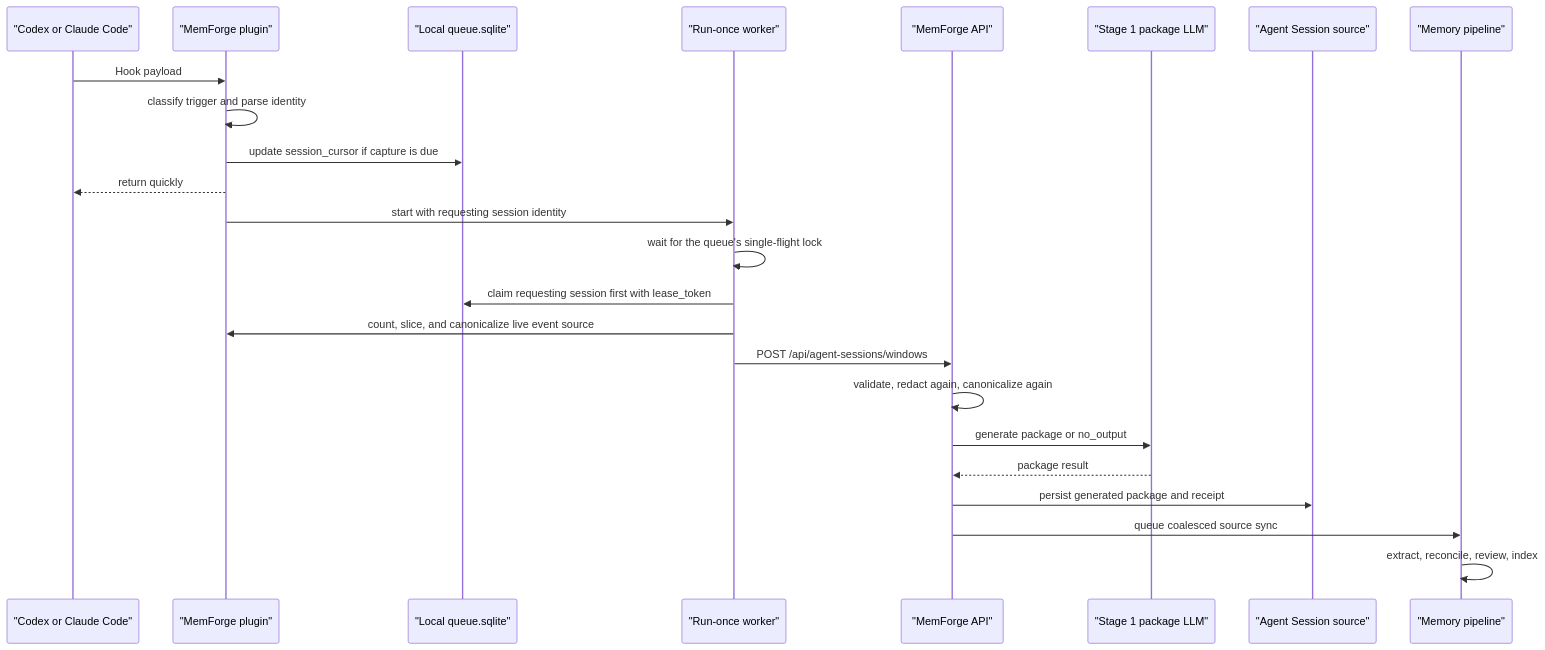
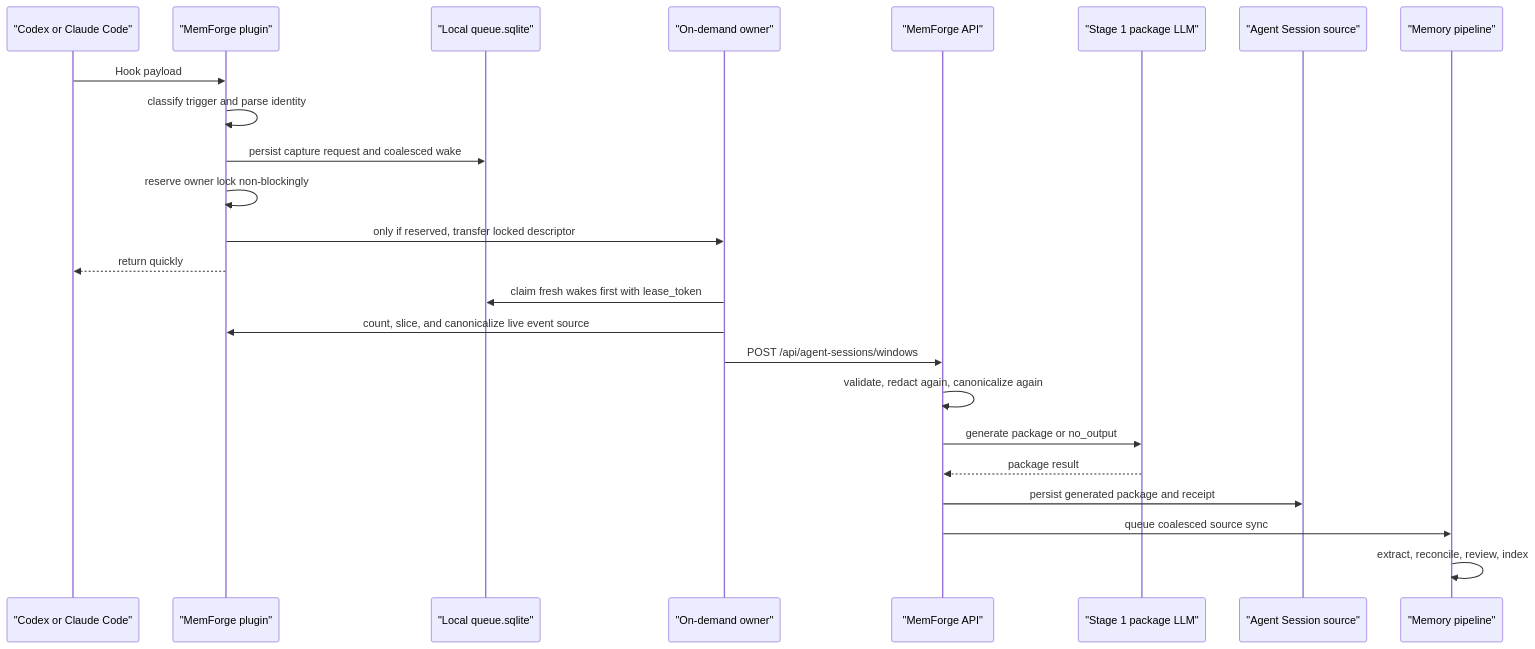
The diagram in docs/design/agent-session-saas-plugin-flow.md (shno-labs/mem-forge), drawn with Mermaid before and after one commit. The commit also changed other lines of this file and 16 other files, not shown here.

Commit message:
fix: coalesce capture wakes under one on-demand owner

````diff
--- a/docs/design/agent-session-saas-plugin-flow.md
+++ b/docs/design/agent-session-saas-plugin-flow.md
@@ -43,27 +43,27 @@
 ```mermaid
 sequenceDiagram
   participant Tool as "Codex or Claude Code"
   participant Plugin as "MemForge plugin"
   participant Queue as "Local queue.sqlite"
-  participant Worker as "Run-once worker"
+  participant Worker as "On-demand owner"
   participant API as "MemForge API"
   participant LLM as "Stage 1 package LLM"
   participant Source as "Agent Session source"
   participant Pipeline as "Memory pipeline"
 
   Tool->>Plugin: Hook payload
   Plugin->>Plugin: classify trigger and parse identity
-  Plugin->>Queue: update session_cursor if capture is due
+  Plugin->>Queue: persist capture request and coalesced wake
+  Plugin->>Plugin: reserve owner lock non-blockingly
+  Plugin->>Worker: only if reserved, transfer locked descriptor
   Plugin-->>Tool: return quickly
-  Plugin->>Worker: start with requesting session identity
-  Worker->>Worker: wait for the queue's single-flight lock
-  Worker->>Queue: claim requesting session first with lease_token
+  Worker->>Queue: claim fresh wakes first with lease_token
   Worker->>Plugin: count, slice, and canonicalize live event source
   Worker->>API: POST /api/agent-sessions/windows
   API->>API: validate, redact again, canonicalize again
   API->>LLM: generate package or no_output
   LLM-->>API: package result
   API->>Source: persist generated package and receipt
   API->>Pipeline: queue coalesced source sync
   Pipeline->>Pipeline: extract, reconcile, review, index
 ```
````
